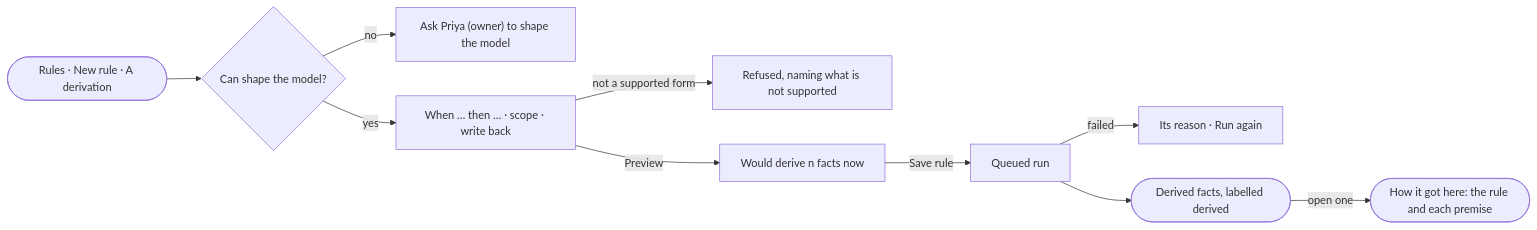
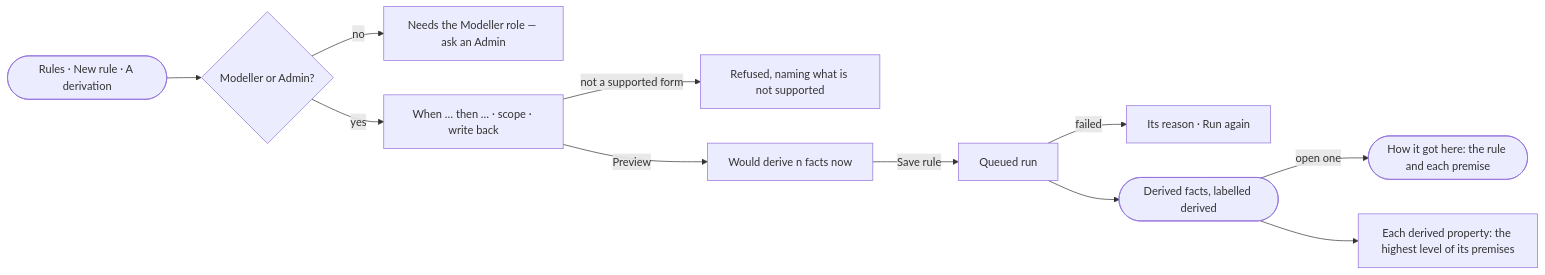
One commit to invana/invana changed the diagram in specs/capabilities/semantics/features/SE-F08-inference/stories/SE-22-derive-facts-from-a-rule/story.md. Above: the diagram before and after it, drawn with Mermaid. The commit also changed other lines of this file and 300 other files, not shown here.

````diff
--- a/specs/capabilities/semantics/features/SE-F08-inference/stories/SE-22-derive-facts-from-a-rule/story.md
+++ b/specs/capabilities/semantics/features/SE-F08-inference/stories/SE-22-derive-facts-from-a-rule/story.md
@@ -27,12 +29,13 @@
 ```mermaid
 flowchart LR
-  a([Rules · New rule · A derivation]) --> c{Can shape the model?}
-  c -->|no| na["Ask Priya (owner) to shape the model"]
+  a([Rules · New rule · A derivation]) --> c{Modeller or Admin?}
+  c -->|no| na["Needs the Modeller role — ask an Admin"]
   c -->|yes| d["When … then … · scope · write back"]
   d -->|not a supported form| x["Refused, naming what is not supported"]
   d -->|Preview| p["Would derive n facts now"]
   p -->|Save rule| q["Queued run"]
   q -->|failed| f["Its reason · Run again"]
   q --> r(["Derived facts, labelled derived"])
   r -->|open one| h(["How it got here: the rule and each premise"])
+  r --> l["Each derived property: the highest level of its premises"]
 ```
````
